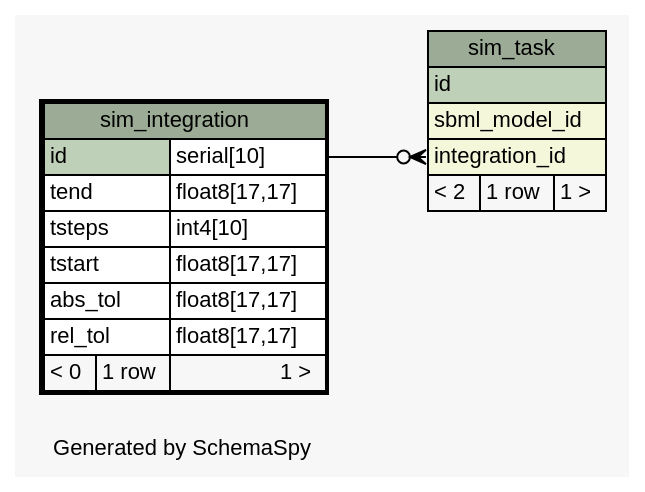
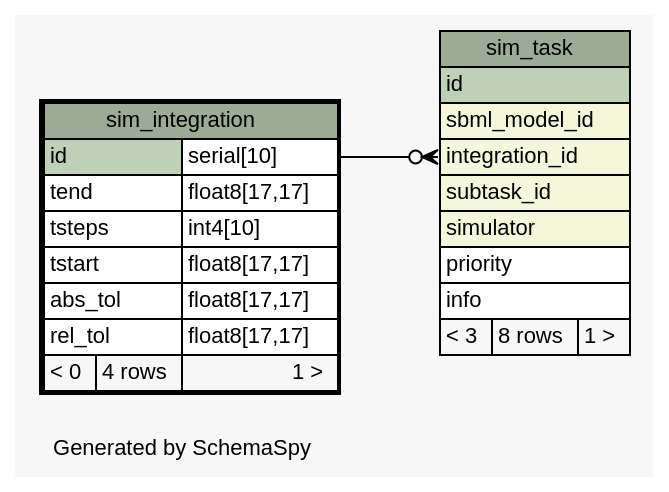
The diagram in database/schema/diagrams/sim_integration.1degree.dot (jingyayeah/multiscale-galactose), drawn with Graphviz before and after one commit. The commit also changed 101 other files, not shown here.

Commit message:
Database schema updated

```diff
--- a/database/schema/diagrams/sim_integration.1degree.dot
+++ b/database/schema/diagrams/sim_integration.1degree.dot
@@ -1,50 +1,54 @@
 // dot 2.26.3 on Linux 3.11.0-12-generic
 // SchemaSpy rev 590
 digraph "oneDegreeRelationshipsDiagram" {
   graph [
     rankdir="RL"
     bgcolor="#f7f7f7"
     label="\nGenerated by SchemaSpy"
     labeljust="l"
     nodesep="0.18"
     ranksep="0.46"
     fontname="Helvetica"
     fontsize="11"
   ];
   node [
     fontname="Helvetica"
     fontsize="11"
     shape="plaintext"
   ];
   edge [
     arrowsize="0.8"
   ];
   "sim_task":"integration_id":w -> "sim_integration":"id.type":e [arrowhead=none dir=back arrowtail=crowodot];
   "sim_integration" [
     label=<
     <TABLE BORDER="2" CELLBORDER="1" CELLSPACING="0" BGCOLOR="#ffffff">
       <TR><TD COLSPAN="3" BGCOLOR="#9bab96" ALIGN="CENTER">sim_integration</TD></TR>
       <TR><TD PORT="id" COLSPAN="2" BGCOLOR="#bed1b8" ALIGN="LEFT">id</TD><TD PORT="id.type" ALIGN="LEFT">serial[10]</TD></TR>
       <TR><TD PORT="tend" COLSPAN="2" ALIGN="LEFT">tend</TD><TD PORT="tend.type" ALIGN="LEFT">float8[17,17]</TD></TR>
       <TR><TD PORT="tsteps" COLSPAN="2" ALIGN="LEFT">tsteps</TD><TD PORT="tsteps.type" ALIGN="LEFT">int4[10]</TD></TR>
       <TR><TD PORT="tstart" COLSPAN="2" ALIGN="LEFT">tstart</TD><TD PORT="tstart.type" ALIGN="LEFT">float8[17,17]</TD></TR>
       <TR><TD PORT="abs_tol" COLSPAN="2" ALIGN="LEFT">abs_tol</TD><TD PORT="abs_tol.type" ALIGN="LEFT">float8[17,17]</TD></TR>
       <TR><TD PORT="rel_tol" COLSPAN="2" ALIGN="LEFT">rel_tol</TD><TD PORT="rel_tol.type" ALIGN="LEFT">float8[17,17]</TD></TR>
-      <TR><TD ALIGN="LEFT" BGCOLOR="#f7f7f7">&lt; 0</TD><TD ALIGN="RIGHT" BGCOLOR="#f7f7f7">1 row</TD><TD ALIGN="RIGHT" BGCOLOR="#f7f7f7">1 &gt;</TD></TR>
+      <TR><TD ALIGN="LEFT" BGCOLOR="#f7f7f7">&lt; 0</TD><TD ALIGN="RIGHT" BGCOLOR="#f7f7f7">4 rows</TD><TD ALIGN="RIGHT" BGCOLOR="#f7f7f7">1 &gt;</TD></TR>
     </TABLE>>
     URL="sim_integration.html"
     tooltip="sim_integration"
   ];
   "sim_task" [
     label=<
     <TABLE BORDER="0" CELLBORDER="1" CELLSPACING="0" BGCOLOR="#ffffff">
       <TR><TD COLSPAN="3" BGCOLOR="#9bab96" ALIGN="CENTER">sim_task</TD></TR>
       <TR><TD PORT="id" COLSPAN="3" BGCOLOR="#bed1b8" ALIGN="LEFT">id</TD></TR>
       <TR><TD PORT="sbml_model_id" COLSPAN="3" BGCOLOR="#f4f7da" ALIGN="LEFT">sbml_model_id</TD></TR>
       <TR><TD PORT="integration_id" COLSPAN="3" BGCOLOR="#f4f7da" ALIGN="LEFT">integration_id</TD></TR>
-      <TR><TD ALIGN="LEFT" BGCOLOR="#f7f7f7">&lt; 2</TD><TD ALIGN="RIGHT" BGCOLOR="#f7f7f7">1 row</TD><TD ALIGN="RIGHT" BGCOLOR="#f7f7f7">1 &gt;</TD></TR>
+      <TR><TD PORT="subtask_id" COLSPAN="3" BGCOLOR="#f4f7da" ALIGN="LEFT">subtask_id</TD></TR>
+      <TR><TD PORT="simulator" COLSPAN="3" BGCOLOR="#f4f7da" ALIGN="LEFT">simulator</TD></TR>
+      <TR><TD PORT="priority" COLSPAN="3" ALIGN="LEFT">priority</TD></TR>
+      <TR><TD PORT="info" COLSPAN="3" ALIGN="LEFT">info</TD></TR>
+      <TR><TD ALIGN="LEFT" BGCOLOR="#f7f7f7">&lt; 3</TD><TD ALIGN="RIGHT" BGCOLOR="#f7f7f7">8 rows</TD><TD ALIGN="RIGHT" BGCOLOR="#f7f7f7">1 &gt;</TD></TR>
     </TABLE>>
     URL="sim_task.html"
     tooltip="sim_task"
   ];
 }
```
